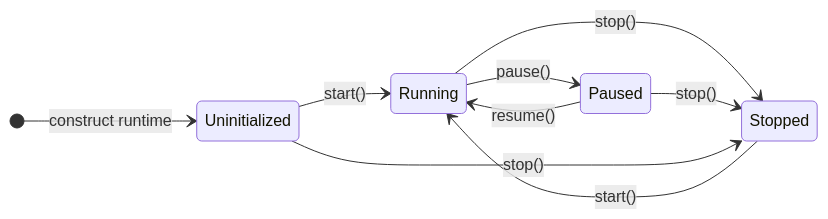
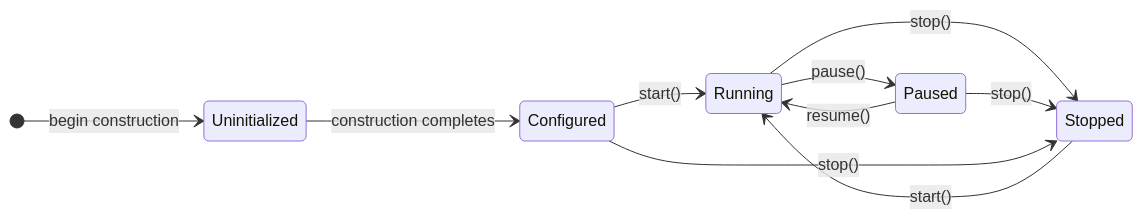
One commit to trancee/MeshLink changed the first of 3 diagrams in docs/reference/meshlink-runtime-behavior.md. Above: the diagram before and after it, drawn with Mermaid. The commit also changed other lines of this file and 2 other files, not shown here.

Commit message:
docs: align runtime lifecycle docs

````diff
--- a/docs/reference/meshlink-runtime-behavior.md
+++ b/docs/reference/meshlink-runtime-behavior.md
@@ -38,12 +38,13 @@
 ```mermaid
 stateDiagram-v2
     direction LR
-    [*] --> Uninitialized: construct runtime
-    Uninitialized --> Running: start()
+    [*] --> Uninitialized: begin construction
+    Uninitialized --> Configured: construction completes
+    Configured --> Running: start()
     Running --> Paused: pause()
     Paused --> Running: resume()
     Running --> Stopped: stop()
     Paused --> Stopped: stop()
-    Uninitialized --> Stopped: stop()
+    Configured --> Stopped: stop()
     Stopped --> Running: start()
 ```
````
